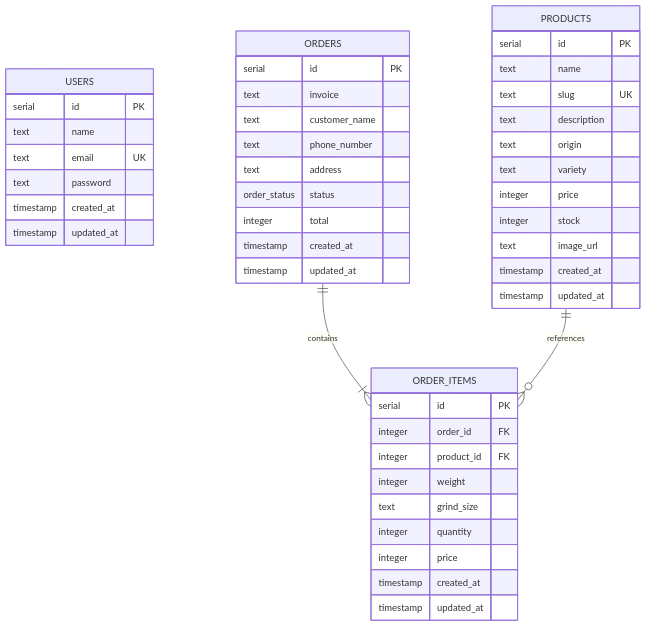
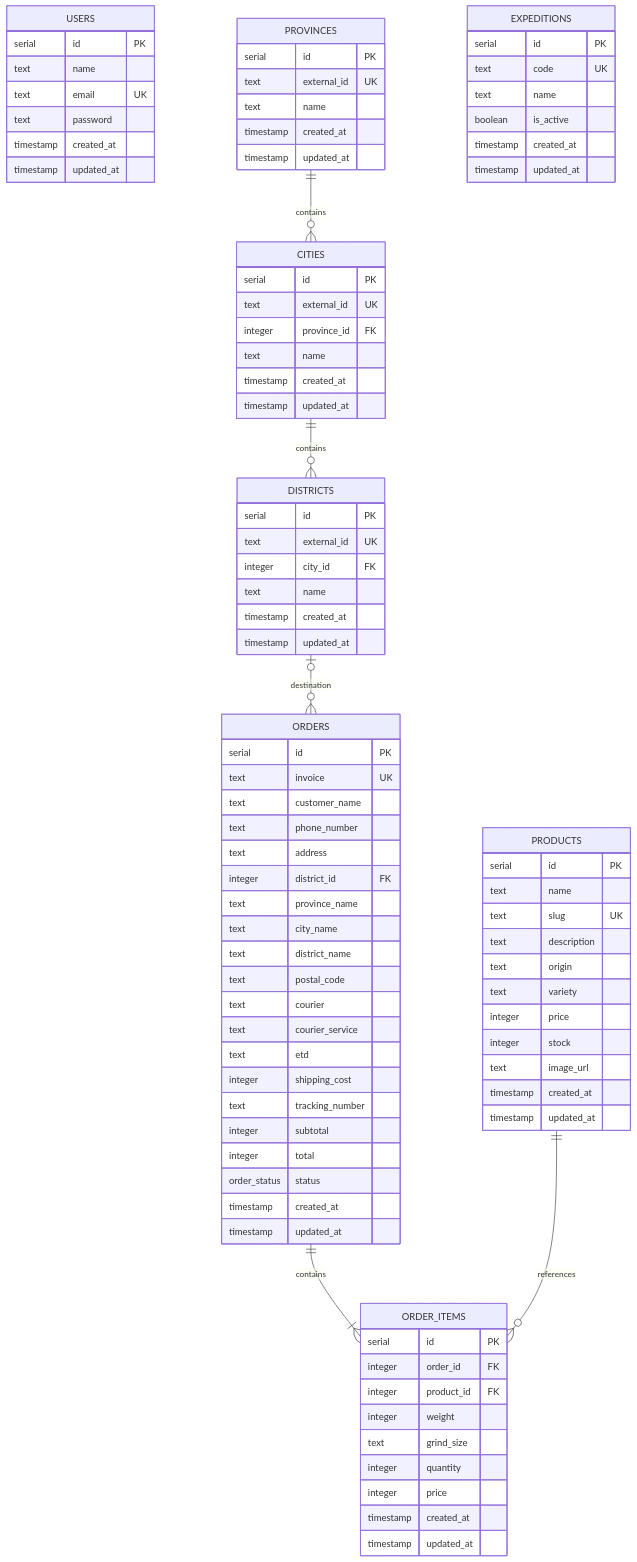
One commit to MountZ1/amarta changed the diagram in erd.md. Above: the diagram before and after it, drawn with Mermaid. The commit also changed other lines of this file and 27 other files, not shown here.

````diff
--- a/erd.md
+++ b/erd.md
@@ -29,12 +29,58 @@
 
     ORDERS {
         serial id PK
-        text invoice
+        text invoice UK
         text customer_name
         text phone_number
         text address
+        integer district_id FK
+        text province_name
+        text city_name
+        text district_name
+        text postal_code
+        text courier
+        text courier_service
+        text etd
+        integer shipping_cost
+        text tracking_number
+        integer subtotal
+        integer total
         order_status status
-        integer total
+        timestamp created_at
+        timestamp updated_at
+    }
+
+    PROVINCES {
+        serial id PK
+        text external_id UK
+        text name
+        timestamp created_at
+        timestamp updated_at
+    }
+
+    CITIES {
+        serial id PK
+        text external_id UK
+        integer province_id FK
+        text name
+        timestamp created_at
+        timestamp updated_at
+    }
+
+    DISTRICTS {
+        serial id PK
+        text external_id UK
+        integer city_id FK
+        text name
+        timestamp created_at
+        timestamp updated_at
+    }
+
+    EXPEDITIONS {
+        serial id PK
+        text code UK
+        text name
+        boolean is_active
         timestamp created_at
         timestamp updated_at
     }
@@ -53,4 +99,7 @@
 
     ORDERS ||--|{ ORDER_ITEMS : contains
     PRODUCTS ||--o{ ORDER_ITEMS : references
+    PROVINCES ||--o{ CITIES : contains
+    CITIES ||--o{ DISTRICTS : contains
+    DISTRICTS o|--o{ ORDERS : destination
 ```
````
